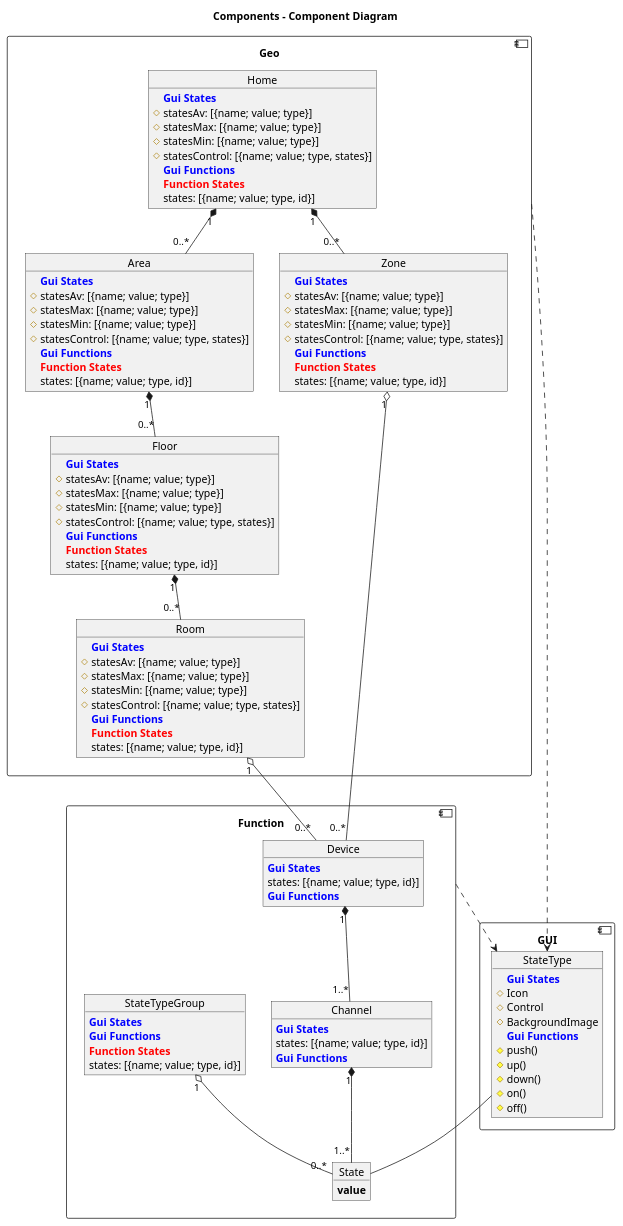
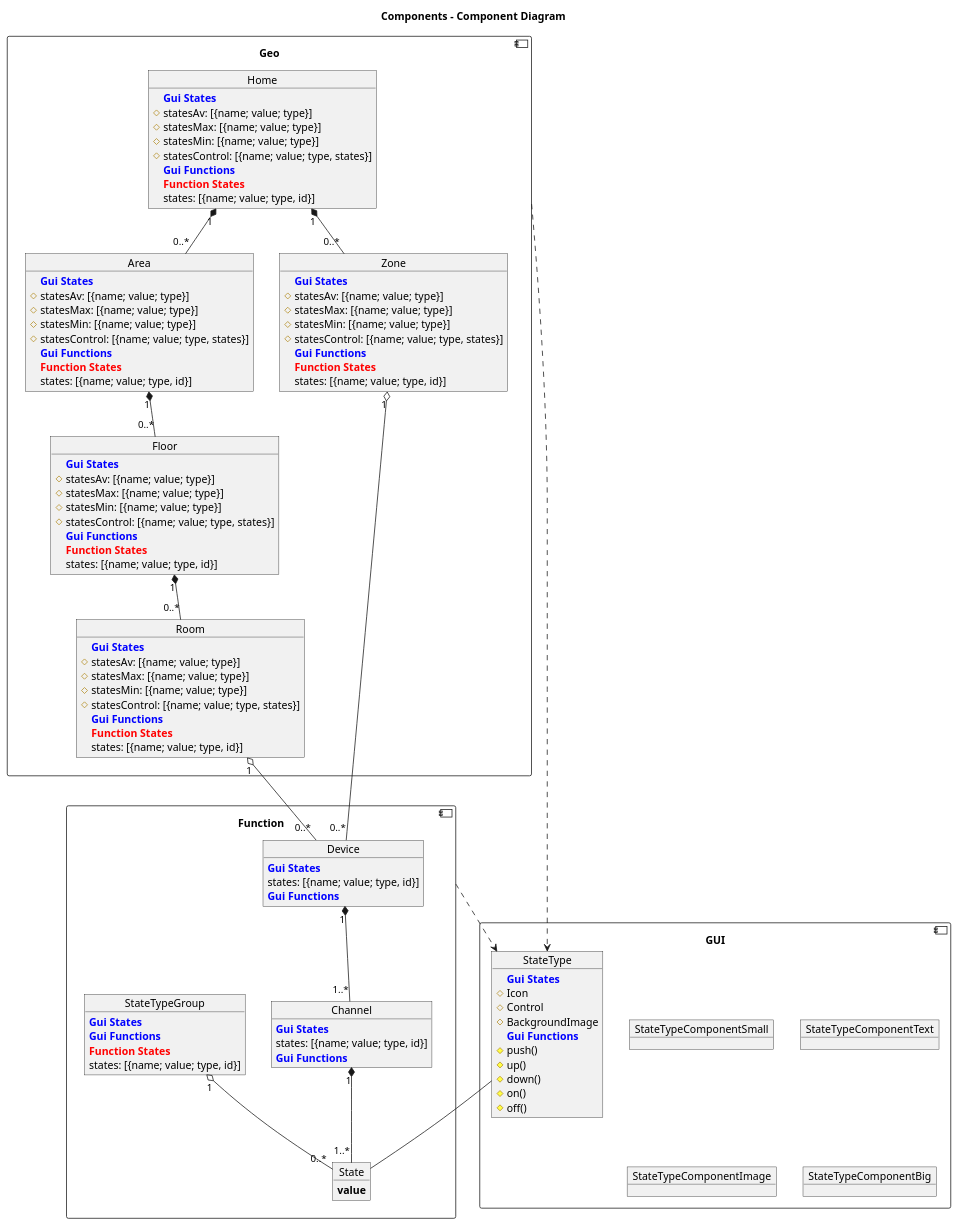
One commit to swissglider/thehome changed the diagram in docu/diagrams/GUI_Mockup.wsd. Above: the diagram before and after it, drawn with PlantUML. The commit also changed 38 other files, not shown here.

```diff
--- a/docu/diagrams/GUI_Mockup.wsd
+++ b/docu/diagrams/GUI_Mockup.wsd
@@ -1,114 +1,118 @@
 @startuml
 
 title Components - Component Diagram
 
 component Function {
     object Device{
         <b><color:blue>Gui States</color></b>
         states: [{name; value; type, id}]
         <b><color:blue>Gui Functions</color></b>
     }
     object Channel{
         <b><color:blue>Gui States</color></b>
         states: [{name; value; type, id}]
         <b><color:blue>Gui Functions</color></b>
     }
     object State{
         <size:14><b>value</b></size>
     }
     object StateTypeGroup{
         <b><color:blue>Gui States</color></b>
         <b><color:blue>Gui Functions</color></b>
         <b><color:red>Function States</color></b>
         states: [{name; value; type, id}]
     }
     
 }
 
 component GUI {
     object StateType{
         <b><color:blue>Gui States</color></b>
         # Icon
         # Control
         # BackgroundImage
         <b><color:blue>Gui Functions</color></b>
         # push()
         # up()
         # down()
         # on()
         # off()
     }
+    object StateTypeComponentSmall
+    object StateTypeComponentText
+    object StateTypeComponentImage
+    object StateTypeComponentBig
 }
 
 component Geo {
     object Home{
         <b><color:blue>Gui States</color></b>
         # statesAv: [{name; value; type}]
         # statesMax: [{name; value; type}]
         # statesMin: [{name; value; type}]
         # statesControl: [{name; value; type, states}]
         <b><color:blue>Gui Functions</color></b>
         <b><color:red>Function States</color></b>
         states: [{name; value; type, id}]
     }
     object Zone{
         <b><color:blue>Gui States</color></b>
         # statesAv: [{name; value; type}]
         # statesMax: [{name; value; type}]
         # statesMin: [{name; value; type}]
         # statesControl: [{name; value; type, states}]
         <b><color:blue>Gui Functions</color></b>
         <b><color:red>Function States</color></b>
         states: [{name; value; type, id}]
     }
     object Area{
         <b><color:blue>Gui States</color></b>
         # statesAv: [{name; value; type}]
         # statesMax: [{name; value; type}]
         # statesMin: [{name; value; type}]
         # statesControl: [{name; value; type, states}]
         <b><color:blue>Gui Functions</color></b>
         <b><color:red>Function States</color></b>
         states: [{name; value; type, id}]
     }
     object Floor{
         <b><color:blue>Gui States</color></b>
         # statesAv: [{name; value; type}]
         # statesMax: [{name; value; type}]
         # statesMin: [{name; value; type}]
         # statesControl: [{name; value; type, states}]
         <b><color:blue>Gui Functions</color></b>
         <b><color:red>Function States</color></b>
         states: [{name; value; type, id}]
     }
     object Room{
         <b><color:blue>Gui States</color></b>
         # statesAv: [{name; value; type}]
         # statesMax: [{name; value; type}]
         # statesMin: [{name; value; type}]
         # statesControl: [{name; value; type, states}]
         <b><color:blue>Gui Functions</color></b>
         <b><color:red>Function States</color></b>
         states: [{name; value; type, id}]
     }
 }
 
 
 Device "1" *-- "1..*" Channel
 Channel "1" *-- "1..*" State
 
 Home "1" *-- "0..*" Zone
 Home "1" *-- "0..*" Area
 Area "1" *-- "0..*" Floor
 Floor "1" *-- "0..*" Room
 
 Room "1" o-- "0..*" Device
 Zone "1" o-- "0..*" Device
 
 StateTypeGroup "1" o-- "0..*" State
 StateType -- State
 
 Geo ..> StateType
 Function ..> StateType
 
 @enduml
```
